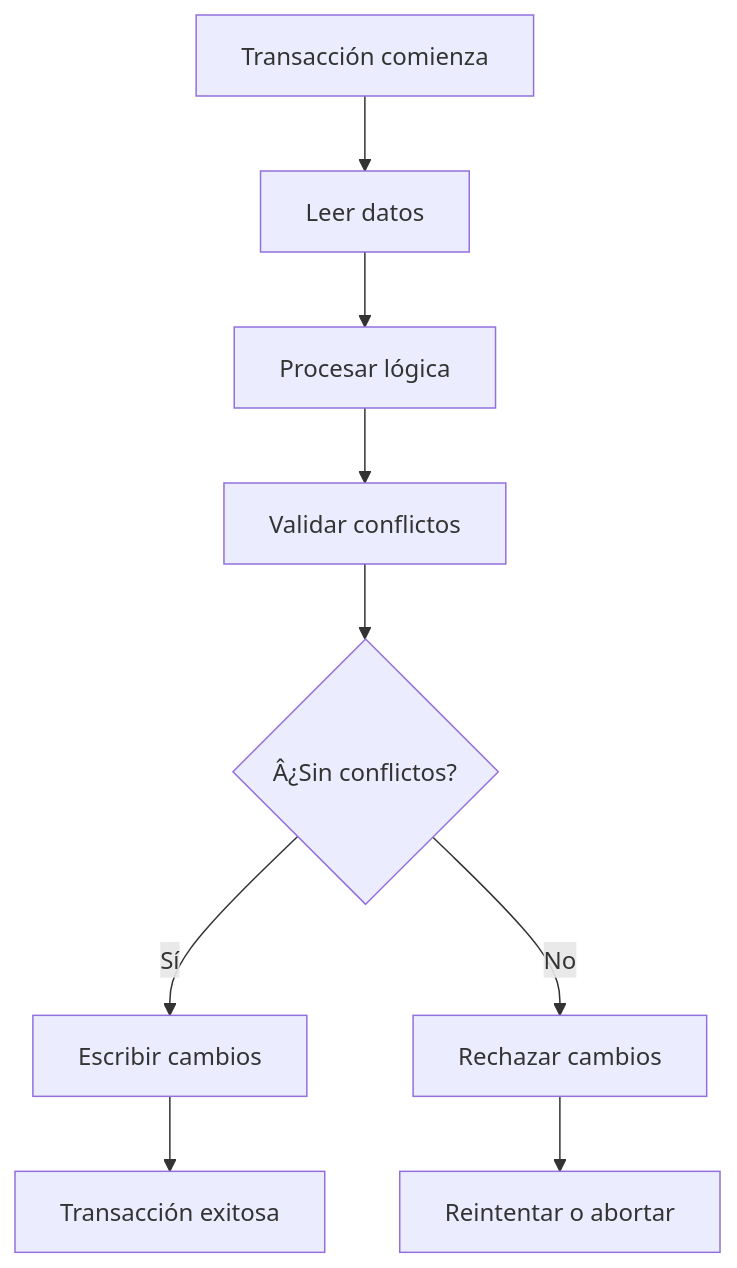
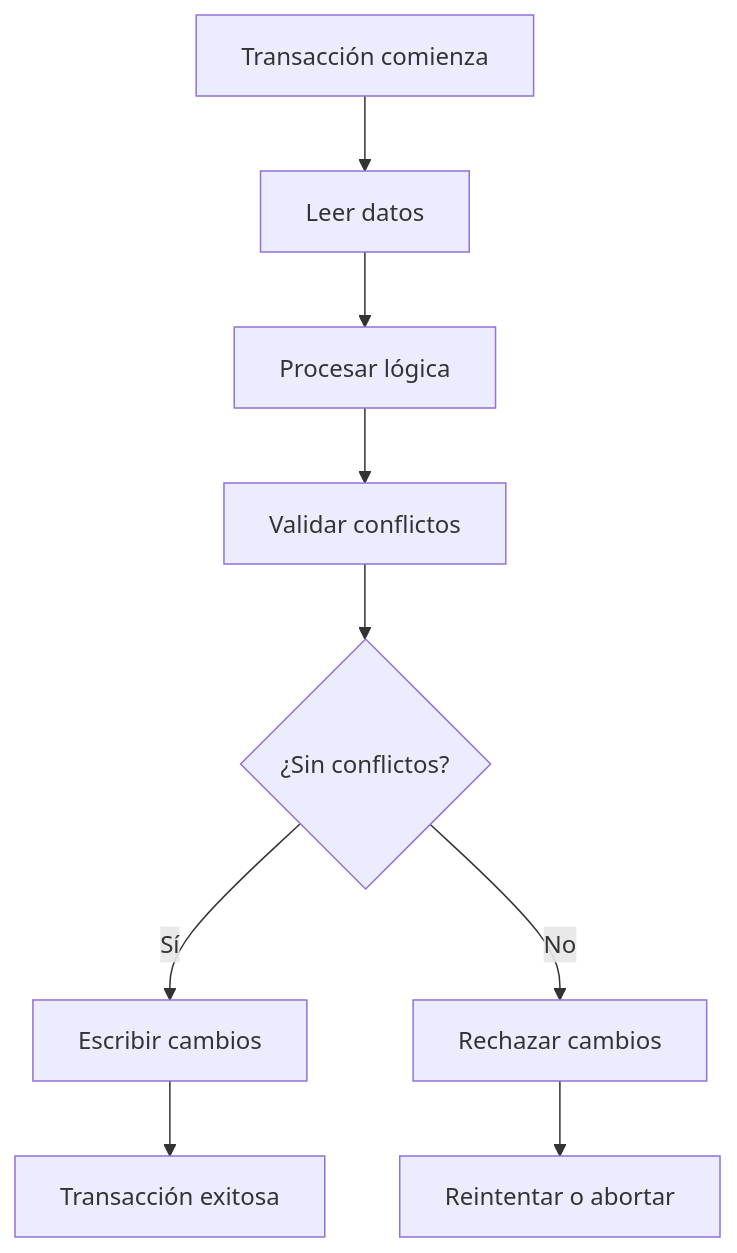
One commit to joseluisgs/TiendaDawApi-Cqrs-MediatR-NetCore changed the fifth of 10 diagrams in doc/15-pedidos-transacciones.md. Above: the diagram before and after it, drawn with Mermaid. The commit also changed other lines of this file and 27 other files, not shown here.

````diff
--- a/doc/15-pedidos-transacciones.md
+++ b/doc/15-pedidos-transacciones.md
@@ -325,11 +325,11 @@
 ```mermaid
 flowchart TD
     A["Transacción comienza"] --> B["Leer datos"]
     B --> C["Procesar lógica"]
     C --> D["Validar conflictos"]
-    D --> E{"Â¿Sin conflictos?"}
+    D --> E{"¿Sin conflictos?"}
     E -->|Sí| F["Escribir cambios"]
     E -->|No| G["Rechazar cambios"]
     F --> H["Transacción exitosa"]
     G --> I["Reintentar o abortar"]
 ```
````
